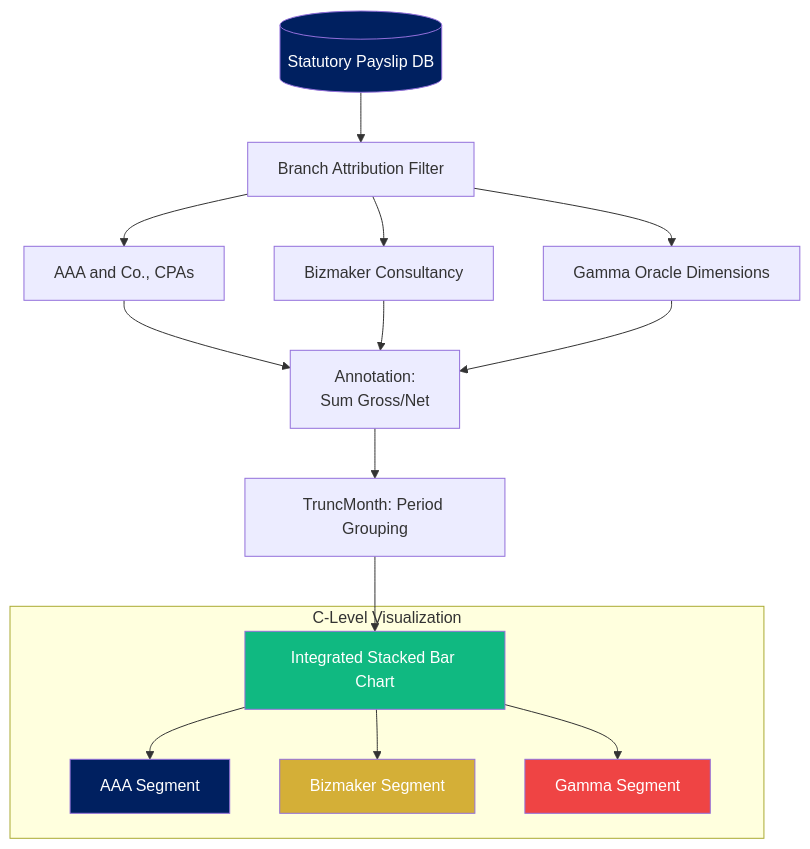
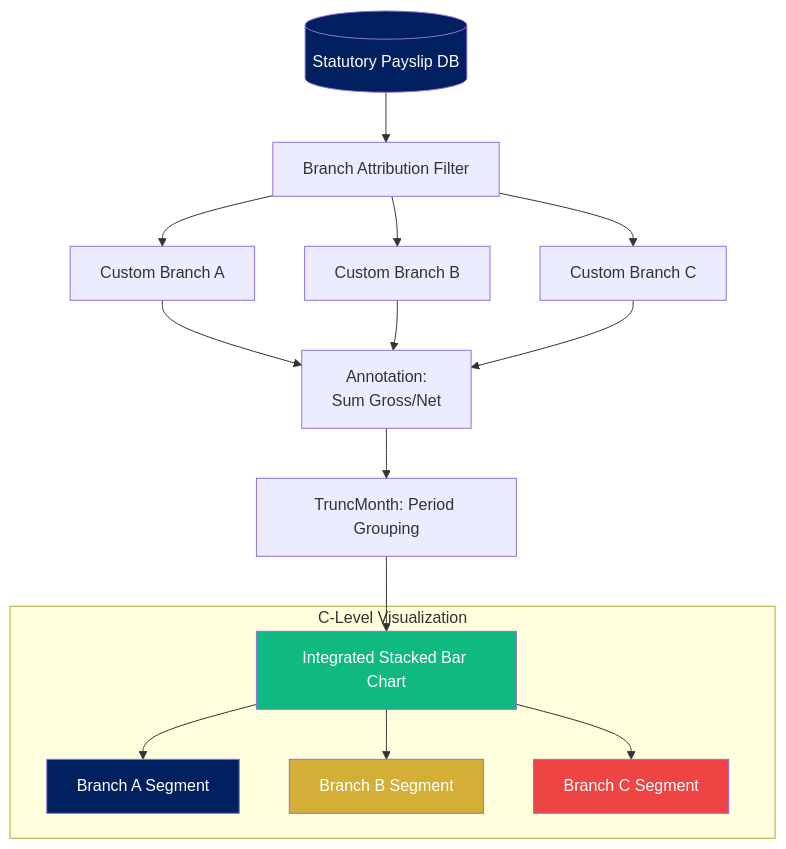
The sixth of 15 diagrams in README.md (binssente-crypto/PAYROLL-DOCUMENTATION), drawn with Mermaid before and after one commit. The commit also changed other lines of this file, not shown here.

````diff
--- a/README.md
+++ b/README.md
@@ -213,26 +213,26 @@
 ```mermaid
 flowchart TD
     DB[(Statutory Payslip DB)] --> ATTR[Branch Attribution Filter]
-    ATTR --> AAA[AAA and Co., CPAs]
-    ATTR --> BIZ[Bizmaker Consultancy]
-    ATTR --> GAM[Gamma Oracle Dimensions]
+    ATTR --> BR1[Custom Branch A]
+    ATTR --> BR2[Custom Branch B]
+    ATTR --> BR3[Custom Branch C]
     
-    AAA --> SUM["Annotation:\nSum Gross/Net"]
-    BIZ --> SUM
-    GAM --> SUM
+    BR1 --> SUM["Annotation:\nSum Gross/Net"]
+    BR2 --> SUM
+    BR3 --> SUM
     
     SUM --> TRUNC[TruncMonth: Period Grouping]
     TRUNC --> CHART[Integrated Stacked Bar Chart]
     
     subgraph View["C-Level Visualization"]
-        CHART --> SEG1[AAA Segment]
-        CHART --> SEG2[Bizmaker Segment]
-        CHART --> SEG3[Gamma Segment]
+        CHART --> SEG1[Branch A Segment]
+        CHART --> SEG2[Branch B Segment]
+        CHART --> SEG3[Branch C Segment]
     end
 
     style DB fill:#002060,color:#fff
     style SEG1 fill:#002060,color:#fff
     style SEG2 fill:#D4AF37,color:#fff
     style SEG3 fill:#ef4444,color:#fff
     style CHART fill:#10b981,color:#fff
 ```
````
